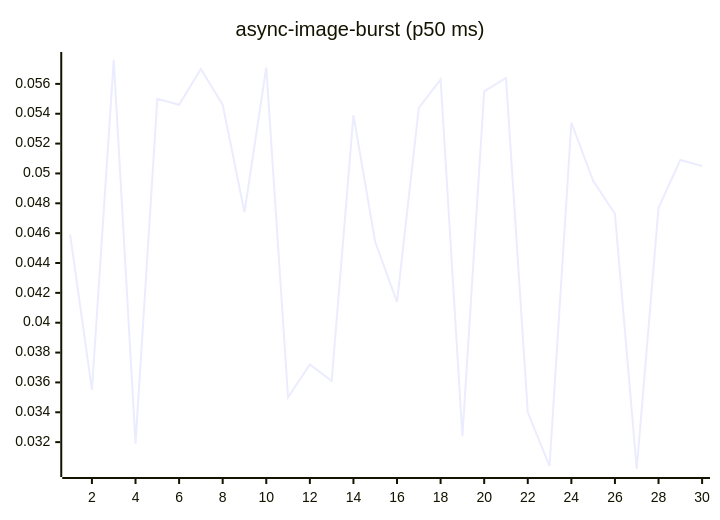
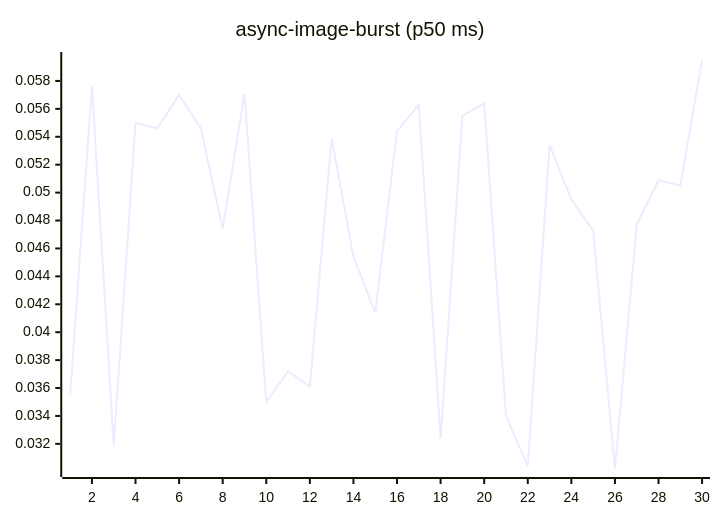
One commit to josha/Facet changed the fourth of 27 diagrams in README.md. Above: the diagram before and after it, drawn with Mermaid. The commit also changed other lines of this file and 2 other files, not shown here.

````diff
--- a/README.md
+++ b/README.md
@@ -84,6 +84,6 @@
 ```mermaid
 xychart-beta
     title "async-image-burst (p50 ms)"
     x-axis 1 --> 30
-    line [0.0459, 0.0355, 0.0576, 0.0319, 0.0550, 0.0546, 0.0570, 0.0546, 0.0474, 0.0571, 0.0350, 0.0372, 0.0361, 0.0539, 0.0454, 0.0414, 0.0544, 0.0563, 0.0324, 0.0555, 0.0564, 0.0340, 0.0304, 0.0534, 0.0495, 0.0473, 0.0302, 0.0477, 0.0509, 0.0505]
+    line [0.0355, 0.0576, 0.0319, 0.0550, 0.0546, 0.0570, 0.0546, 0.0474, 0.0571, 0.0350, 0.0372, 0.0361, 0.0539, 0.0454, 0.0414, 0.0544, 0.0563, 0.0324, 0.0555, 0.0564, 0.0340, 0.0304, 0.0534, 0.0495, 0.0473, 0.0302, 0.0477, 0.0509, 0.0505, 0.0595]
 ```
````
